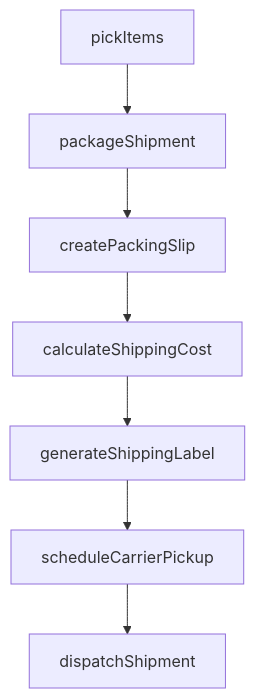
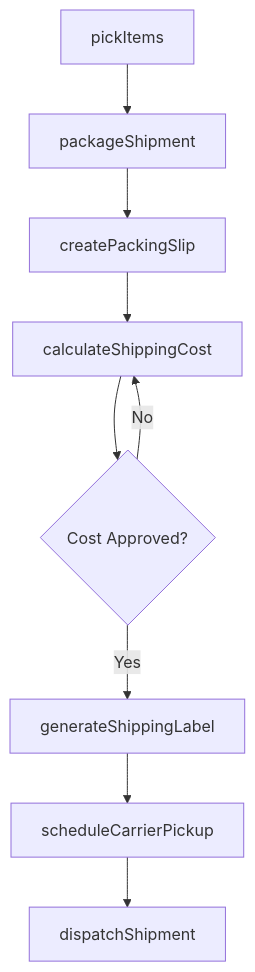
One commit to dot-org-ai/tasks.org.ai changed the third of 4 diagrams in PerformingAdministrativeActivities/ProcessShipmentsOrMail/PrepareOutgoingShipments.mdx. Above: the diagram before and after it, drawn with Mermaid. The commit also changed other lines of this file and 307 other files, not shown here.

First line of the commit message:
feat: Add ER diagrams and state diagrams to remaining 308 DWA task files (wave 3 complete)

````diff
--- a/PerformingAdministrativeActivities/ProcessShipmentsOrMail/PrepareOutgoingShipments.mdx
+++ b/PerformingAdministrativeActivities/ProcessShipmentsOrMail/PrepareOutgoingShipments.mdx
@@ -86,9 +113,11 @@
 ```mermaid
 graph TD
     A[pickItems] --> B[packageShipment]
     B --> C[createPackingSlip]
     C --> D[calculateShippingCost]
-    D --> E[generateShippingLabel]
-    E --> F[scheduleCarrierPickup]
-    F --> G[dispatchShipment]
+    D --> E{Cost Approved?}
+    E -->|Yes| F[generateShippingLabel]
+    E -->|No| D
+    F --> G[scheduleCarrierPickup]
+    G --> H[dispatchShipment]
 ```
````
